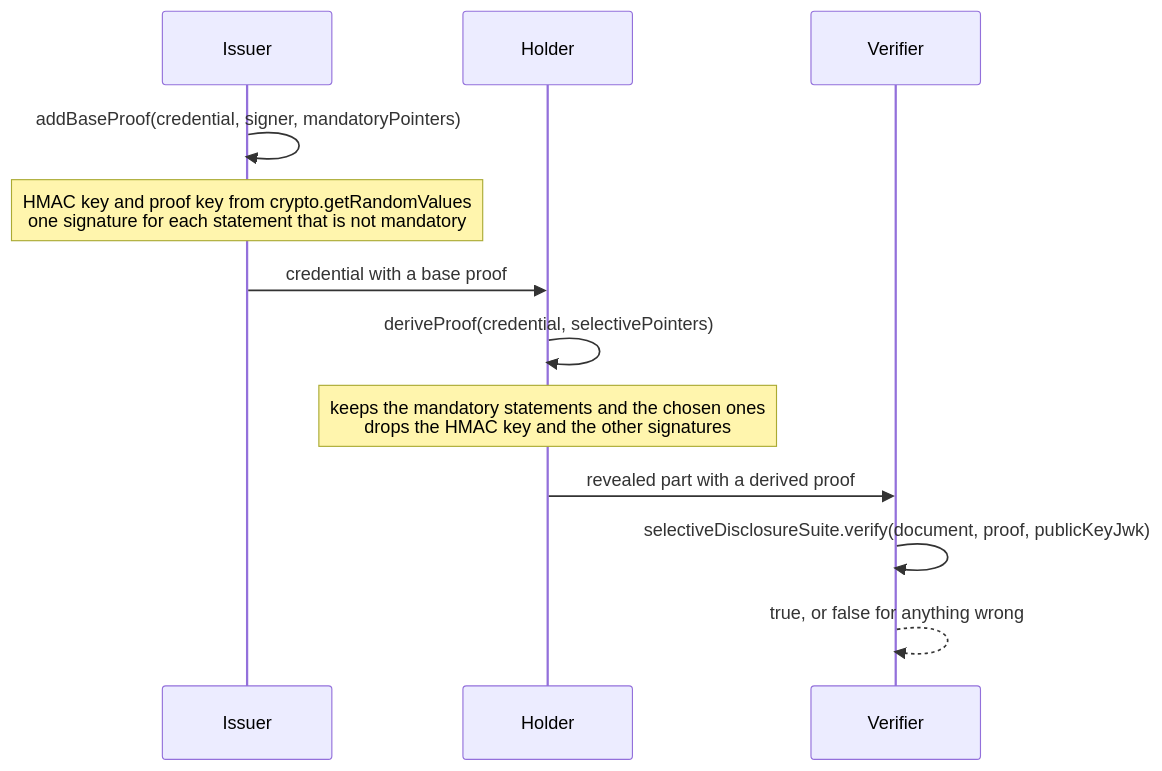
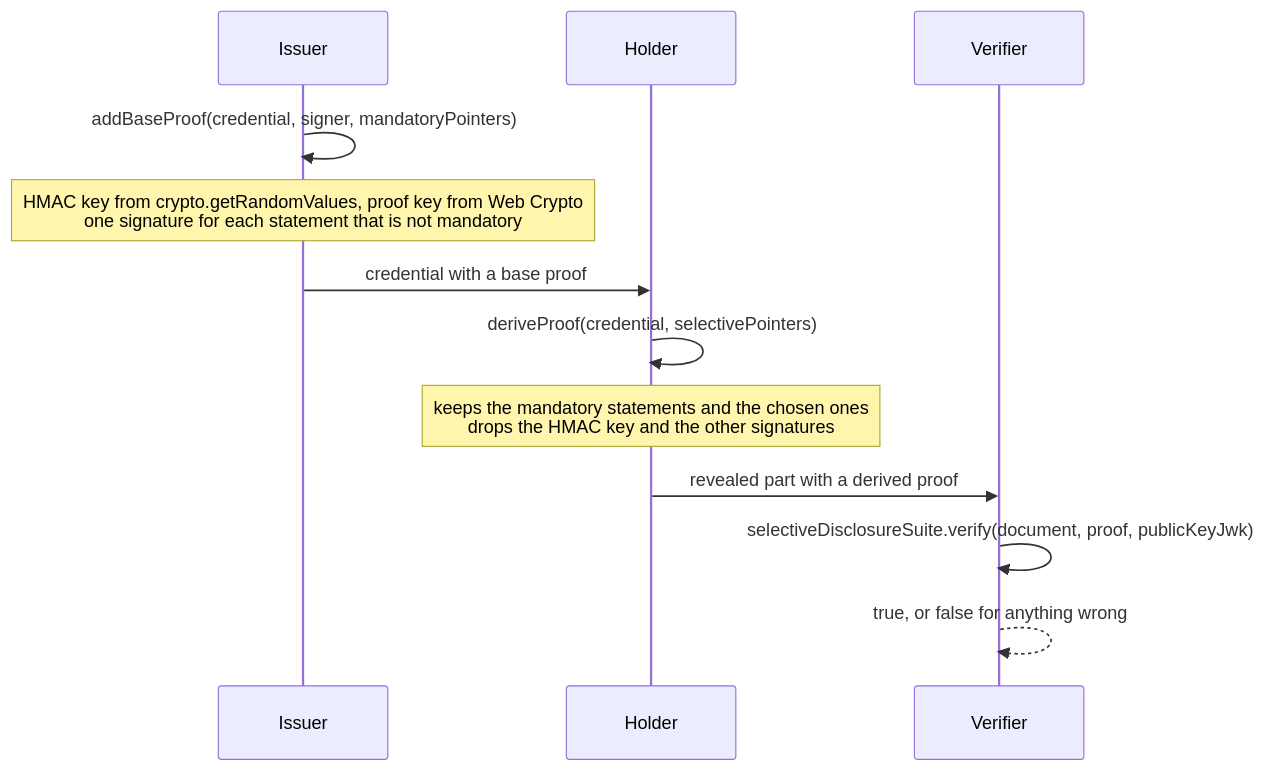
One commit to interopkit/interopkit changed the first of 2 diagrams in docs/selective-disclosure/proofs.md. Above: the diagram before and after it, drawn with Mermaid. The commit also changed other lines of this file and 13 other files, not shown here.

First line of the commit message:
Sign the statements of a base proof with a Web Crypto key that cannot be exported

````diff
--- a/docs/selective-disclosure/proofs.md
+++ b/docs/selective-disclosure/proofs.md
@@ -8,14 +8,14 @@
 ```mermaid
 sequenceDiagram
   participant I as Issuer
   participant H as Holder
   participant V as Verifier
   I->>I: addBaseProof(credential, signer, mandatoryPointers)
-  Note over I: HMAC key and proof key from crypto.getRandomValues<br/>one signature for each statement that is not mandatory
+  Note over I: HMAC key from crypto.getRandomValues, proof key from Web Crypto<br/>one signature for each statement that is not mandatory
   I->>H: credential with a base proof
   H->>H: deriveProof(credential, selectivePointers)
   Note over H: keeps the mandatory statements and the chosen ones<br/>drops the HMAC key and the other signatures
   H->>V: revealed part with a derived proof
   V->>V: selectiveDisclosureSuite.verify(document, proof, publicKeyJwk)
   V-->>V: true, or false for anything wrong
 ```
````
